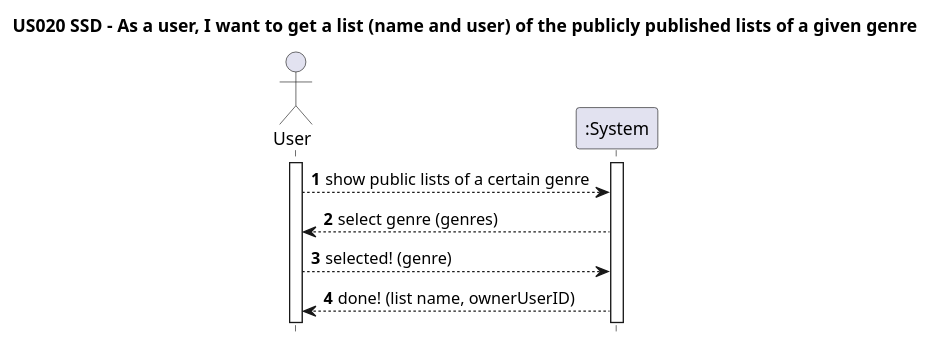
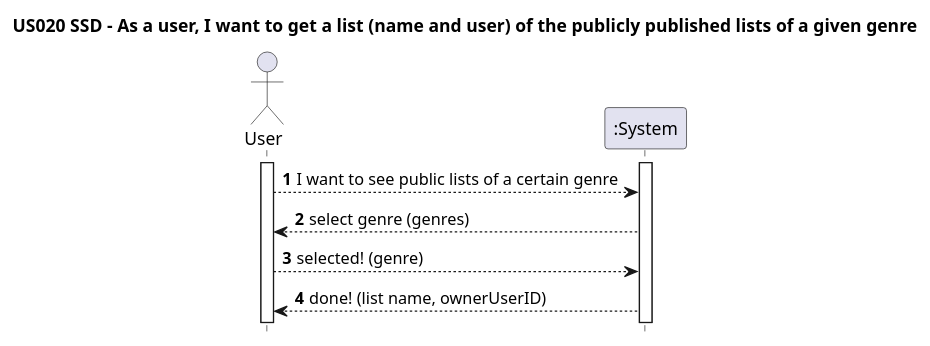
Before and after one commit to AndrePereiraGitH/SWitCH-Project-Team_A: the diagram in Diagrams/SequenceDiagrams/N1/US020-to-get-a-list-of-published-lists-of-a-genre_SSD.puml, drawn with PlantUML. The commit also changed 5 other files, not shown here.

Commit message:
Updates for #41 and #42, updated all diagrams

```diff
--- a/Diagrams/SequenceDiagrams/N1/US020-to-get-a-list-of-published-lists-of-a-genre_SSD.puml
+++ b/Diagrams/SequenceDiagrams/N1/US020-to-get-a-list-of-published-lists-of-a-genre_SSD.puml
@@ -1,24 +1,24 @@
 @startuml
 'https://plantuml.com/sequence-diagram
 
 hide footbox
 autonumber
 
 title US020 SSD - As a user, I want to get a list (name and user) of the publicly published lists of a given genre
 
 actor User
 participant ":System" as System
 
 activate User
 activate System
 
-User --> System: show public lists of a certain genre
+User --> System: I want to see public lists of a certain genre
 
 System --> User: select genre (genres)
 
 User --> System: selected! (genre)
 
 System -->  User: done! (list name, ownerUserID)
 
 
 @enduml
```
